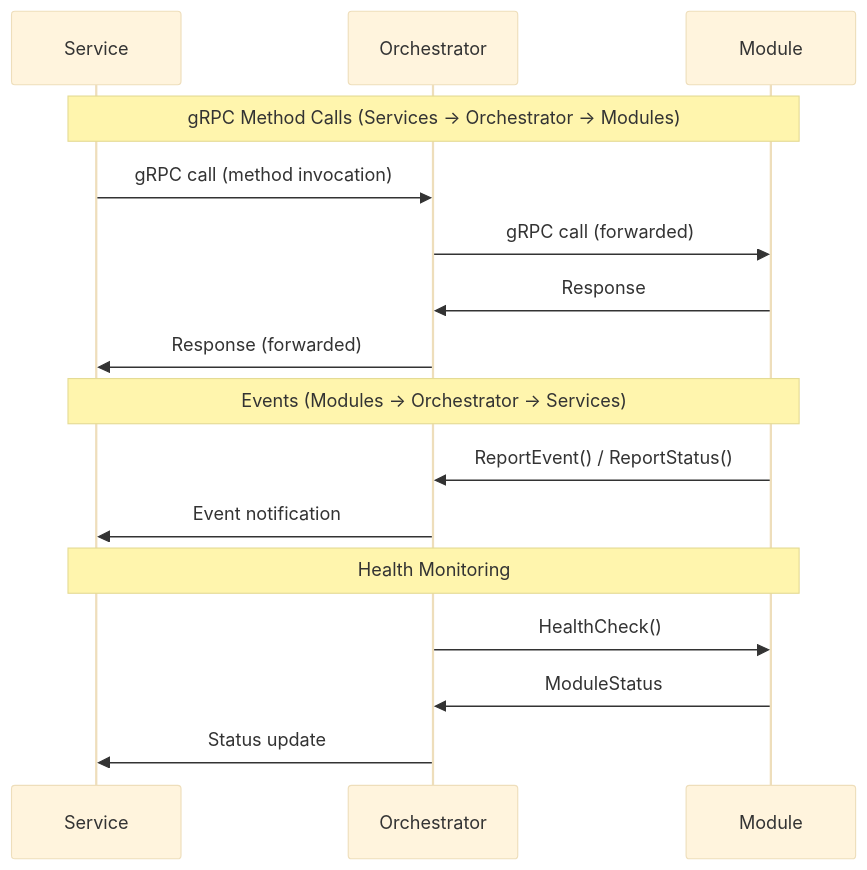
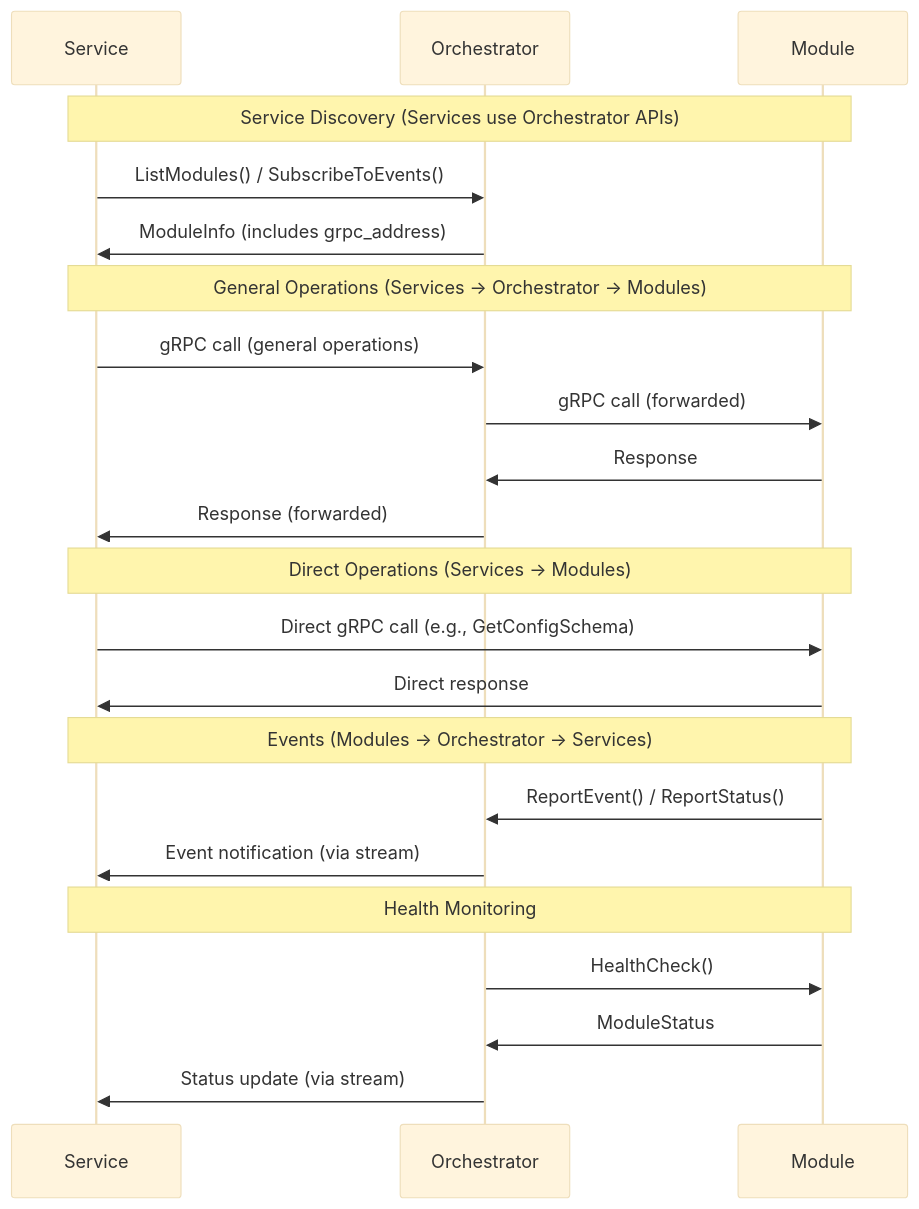
Before and after one commit to shocklateboy92/call-assistant: the diagram in docs/grpc-protocol-design.md, drawn with Mermaid (base theme). The commit also changed other lines of this file and 6 other files, not shown here.

Commit message:
Complete configuration architecture overahaul

````diff
--- a/docs/grpc-protocol-design.md
+++ b/docs/grpc-protocol-design.md
@@ -15,21 +16,29 @@
 ```mermaid
 sequenceDiagram
     participant S as Service
     participant O as Orchestrator
     participant M as Module
     
-    Note over S,M: gRPC Method Calls (Services → Orchestrator → Modules)
-    S->>O: gRPC call (method invocation)
+    Note over S,M: Service Discovery (Services use Orchestrator APIs)
+    S->>O: ListModules() / SubscribeToEvents()
+    O->>S: ModuleInfo (includes grpc_address)
+    
+    Note over S,M: General Operations (Services → Orchestrator → Modules)
+    S->>O: gRPC call (general operations)
     O->>M: gRPC call (forwarded)
     M->>O: Response
     O->>S: Response (forwarded)
     
+    Note over S,M: Direct Operations (Services → Modules)
+    S->>M: Direct gRPC call (e.g., GetConfigSchema)
+    M->>S: Direct response
+    
     Note over S,M: Events (Modules → Orchestrator → Services)
     M->>O: ReportEvent() / ReportStatus()
-    O->>S: Event notification
+    O->>S: Event notification (via stream)
     
     Note over S,M: Health Monitoring
     O->>M: HealthCheck()
     M->>O: ModuleStatus
-    O->>S: Status update
+    O->>S: Status update (via stream)
 ```
````
